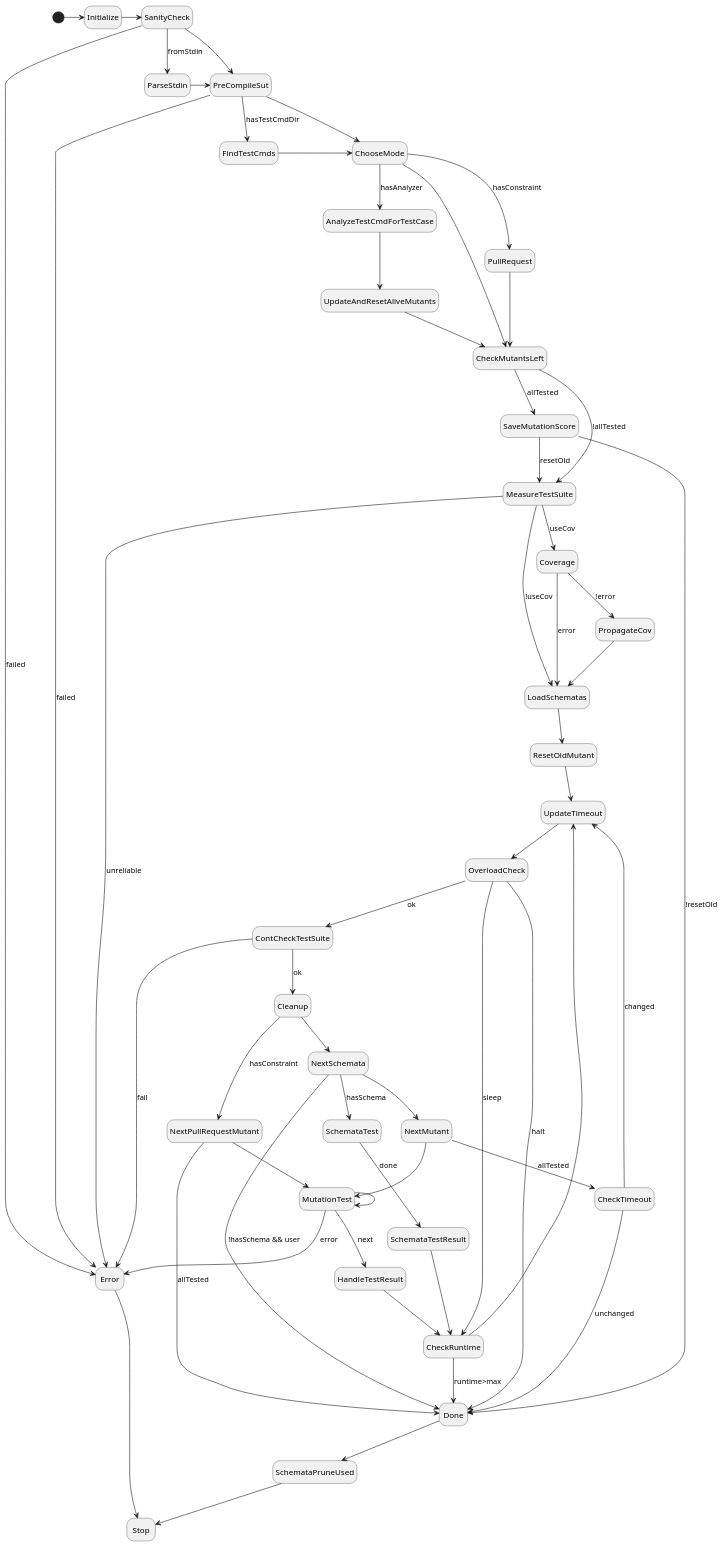
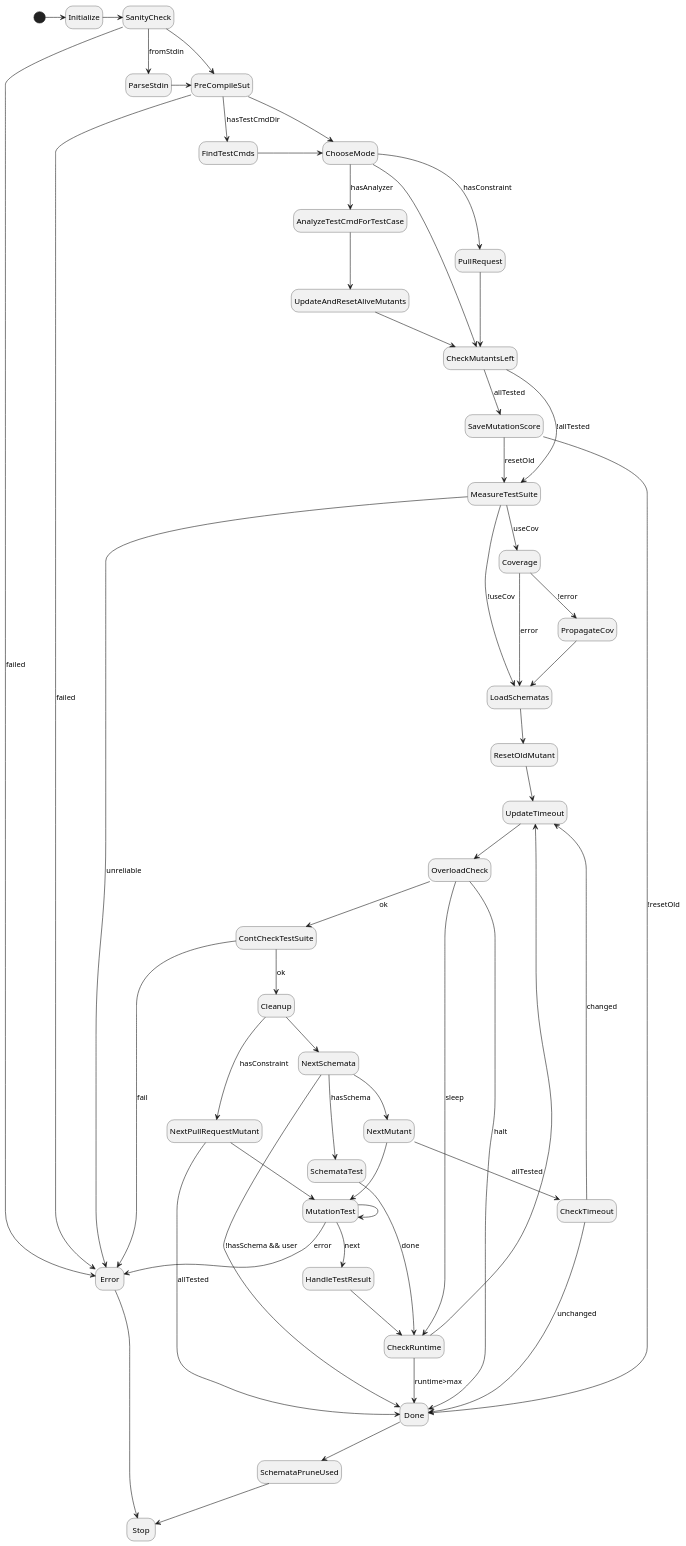
The diagram in plugin/mutate/doc/design/figures/test_mutant_fsm.pu (joakim-brannstrom/dextool), drawn with PlantUML before and after one commit. The commit also changed 4 other files, not shown here.

Commit message:
mutate: check sleep/halt conditions for schemata testing

```diff
--- a/plugin/mutate/doc/design/figures/test_mutant_fsm.pu
+++ b/plugin/mutate/doc/design/figures/test_mutant_fsm.pu
@@ -1,87 +1,86 @@
 @startuml
 hide empty description
 
 [*] -> Initialize
 
 Initialize -> SanityCheck
 
 SanityCheck --> Error : failed
 SanityCheck --> ParseStdin : fromStdin
 SanityCheck -> PreCompileSut
 
 ParseStdin -> PreCompileSut
 
 PreCompileSut --> Error : failed
 PreCompileSut --> FindTestCmds : hasTestCmdDir
 PreCompileSut --> ChooseMode
 
 FindTestCmds -> ChooseMode
 
 ChooseMode --> AnalyzeTestCmdForTestCase : hasAnalyzer
 ChooseMode --> PullRequest : hasConstraint
 ChooseMode --> CheckMutantsLeft
 
 PullRequest -> CheckMutantsLeft
 
 AnalyzeTestCmdForTestCase --> UpdateAndResetAliveMutants
 
 UpdateAndResetAliveMutants --> CheckMutantsLeft
 
 UpdateTimeout --> OverloadCheck
 
 OverloadCheck --> CheckRuntime : sleep
 OverloadCheck --> Done : halt
 OverloadCheck --> ContCheckTestSuite : ok
 
 ContCheckTestSuite --> Cleanup : ok
 ContCheckTestSuite --> Error : fail
 
 Cleanup --> NextSchemata
 Cleanup --> NextPullRequestMutant : hasConstraint
 
 CheckMutantsLeft --> SaveMutationScore : allTested
 CheckMutantsLeft --> MeasureTestSuite : !allTested
 
 SaveMutationScore --> Done : !resetOld
 SaveMutationScore --> MeasureTestSuite : resetOld
 
 MeasureTestSuite --> Error : unreliable
 MeasureTestSuite --> Coverage : useCov
 MeasureTestSuite --> LoadSchematas : !useCov
 
 Coverage --> PropagateCov : !error
 Coverage --> LoadSchematas : error
 PropagateCov --> LoadSchematas
 
 LoadSchematas --> ResetOldMutant
 
 ResetOldMutant --> UpdateTimeout
 
 CheckRuntime --> UpdateTimeout
 CheckRuntime --> Done : runtime>max
 
 NextPullRequestMutant --> MutationTest
 NextPullRequestMutant --> Done : allTested
 
 NextSchemata --> SchemataTest : hasSchema
 NextSchemata --> Done : !hasSchema && user
 NextSchemata --> NextMutant
-SchemataTest --> SchemataTestResult : done
-SchemataTestResult --> CheckRuntime
+SchemataTest --> CheckRuntime : done
 
 NextMutant --> CheckTimeout : allTested
 NextMutant --> MutationTest
 MutationTest --> HandleTestResult : next
 MutationTest --> Error : error
 MutationTest --> MutationTest
 
 HandleTestResult --> CheckRuntime
 
 CheckTimeout --> Done : unchanged
 CheckTimeout --> UpdateTimeout : changed
 
 Done --> SchemataPruneUsed
 SchemataPruneUsed --> Stop
 
 Error --> Stop
 @enduml
```
